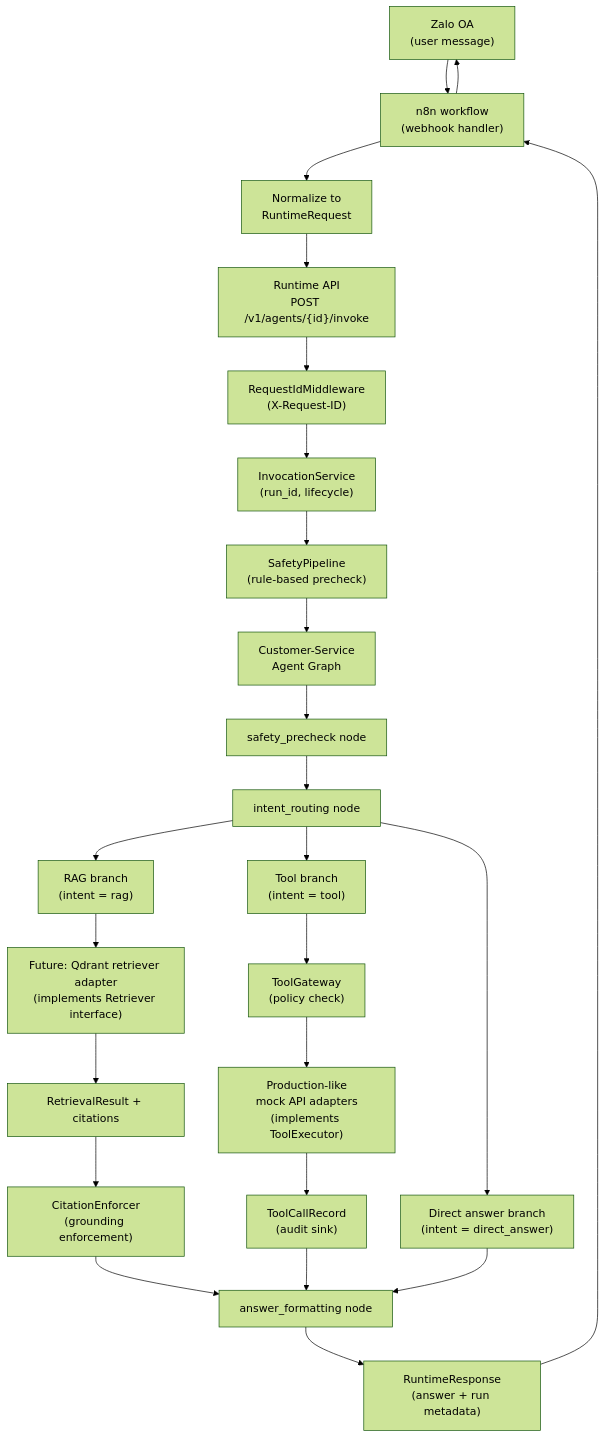
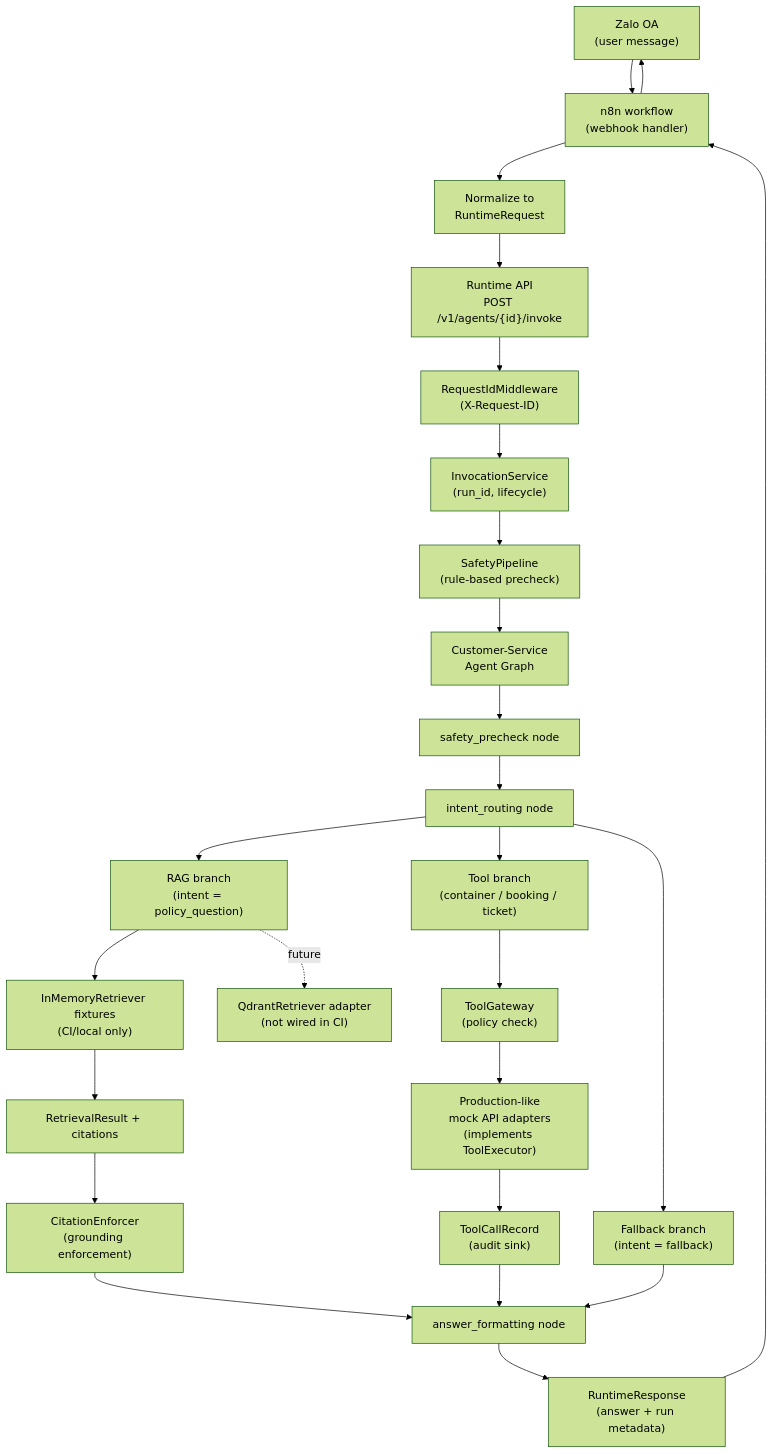
One commit to Tenaity/ai-agent-platform changed the diagram in examples/current_chatbot_demo/architecture.md. Above: the diagram before and after it, drawn with Mermaid (forest theme). The commit also changed other lines of this file and 12 other files, not shown here.

Commit message:
feat(graph): PR-021 wire current chatbot demo graph

````diff
--- a/examples/current_chatbot_demo/architecture.md
+++ b/examples/current_chatbot_demo/architecture.md
@@ -15,35 +17,36 @@
 ```mermaid
 flowchart TD
     Zalo["Zalo OA\n(user message)"] --> N8N["n8n workflow\n(webhook handler)"]
     N8N --> Normalize["Normalize to\nRuntimeRequest"]
     Normalize --> RuntimeAPI["Runtime API\nPOST /v1/agents/{id}/invoke"]
 
     RuntimeAPI --> Middleware["RequestIdMiddleware\n(X-Request-ID)"]
     Middleware --> InvocationService["InvocationService\n(run_id, lifecycle)"]
 
     InvocationService --> Safety["SafetyPipeline\n(rule-based precheck)"]
     Safety --> Graph["Customer-Service\nAgent Graph"]
 
     Graph --> SafetyNode["safety_precheck node"]
     SafetyNode --> IntentNode["intent_routing node"]
 
-    IntentNode --> RAGBranch["RAG branch\n(intent = rag)"]
-    IntentNode --> ToolBranch["Tool branch\n(intent = tool)"]
-    IntentNode --> DirectBranch["Direct answer branch\n(intent = direct_answer)"]
+    IntentNode --> RAGBranch["RAG branch\n(intent = policy_question)"]
+    IntentNode --> ToolBranch["Tool branch\n(container / booking / ticket)"]
+    IntentNode --> DirectBranch["Fallback branch\n(intent = fallback)"]
 
-    RAGBranch --> QdrantRetriever["Future: Qdrant retriever adapter\n(implements Retriever interface)"]
-    QdrantRetriever --> RetrievalResult["RetrievalResult + citations"]
+    RAGBranch --> InMemoryRetriever["InMemoryRetriever fixtures\n(CI/local only)"]
+    InMemoryRetriever --> RetrievalResult["RetrievalResult + citations"]
+    RAGBranch -. future .-> QdrantRetriever["QdrantRetriever adapter\n(not wired in CI)"]
     RetrievalResult --> CitationEnforcer["CitationEnforcer\n(grounding enforcement)"]
 
     ToolBranch --> ToolGateway["ToolGateway\n(policy check)"]
     ToolGateway --> ToolExecutor["Production-like\nmock API adapters\n(implements ToolExecutor)"]
     ToolExecutor --> ToolAudit["ToolCallRecord\n(audit sink)"]
 
     CitationEnforcer --> Formatter["answer_formatting node"]
     ToolAudit --> Formatter
     DirectBranch --> Formatter
 
     Formatter --> RuntimeResponse["RuntimeResponse\n(answer + run metadata)"]
     RuntimeResponse --> N8N
     N8N --> Zalo
 ```
````
